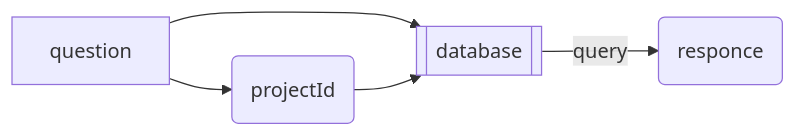
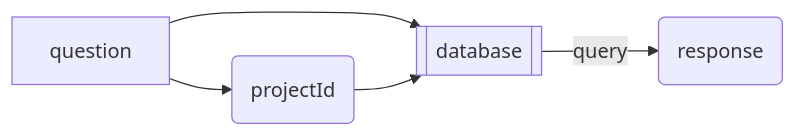
One commit to receptron/graphai changed the second of 5 diagrams in README.md. Above: the diagram before and after it, drawn with Mermaid. The commit also changed other lines of this file, not shown here.

Commit message:
fixed typo in README

````diff
--- a/README.md
+++ b/README.md
@@ -179,7 +179,7 @@
 ```mermaid
 flowchart LR
  question --> projectId(projectId)
  question --> database
  projectId --> database
- database[[database]] -- query --> response(responce)
+ database[[database]] -- query --> response(response)
 ```
````
